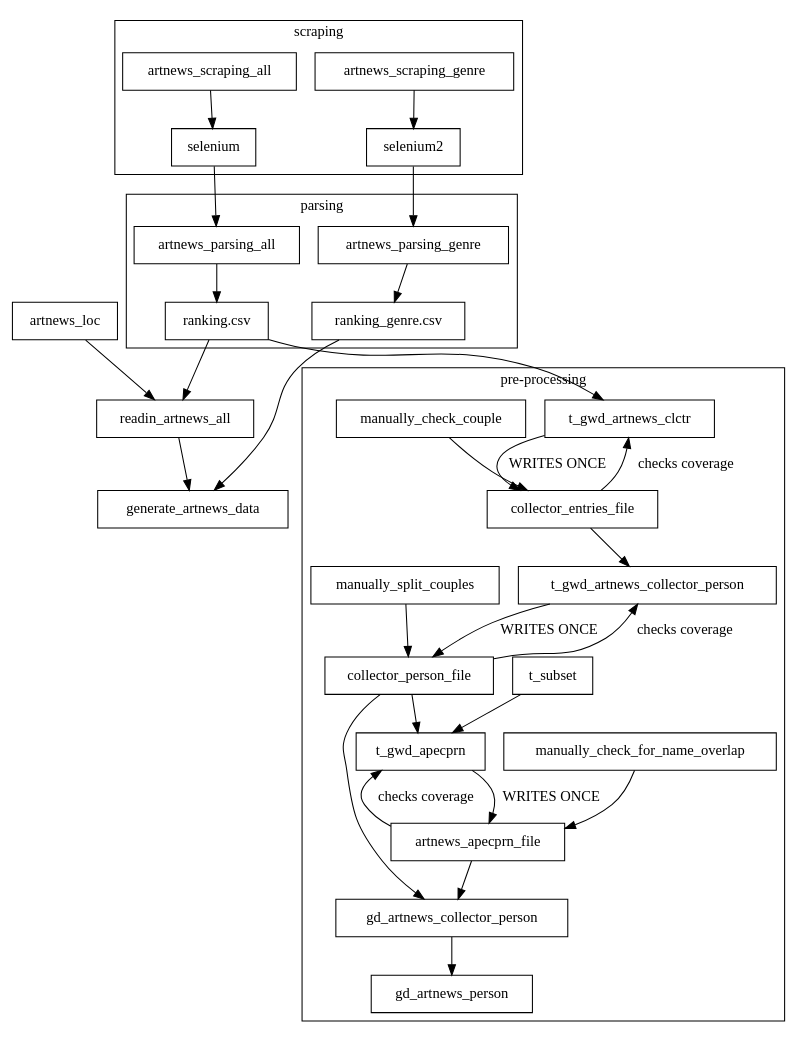
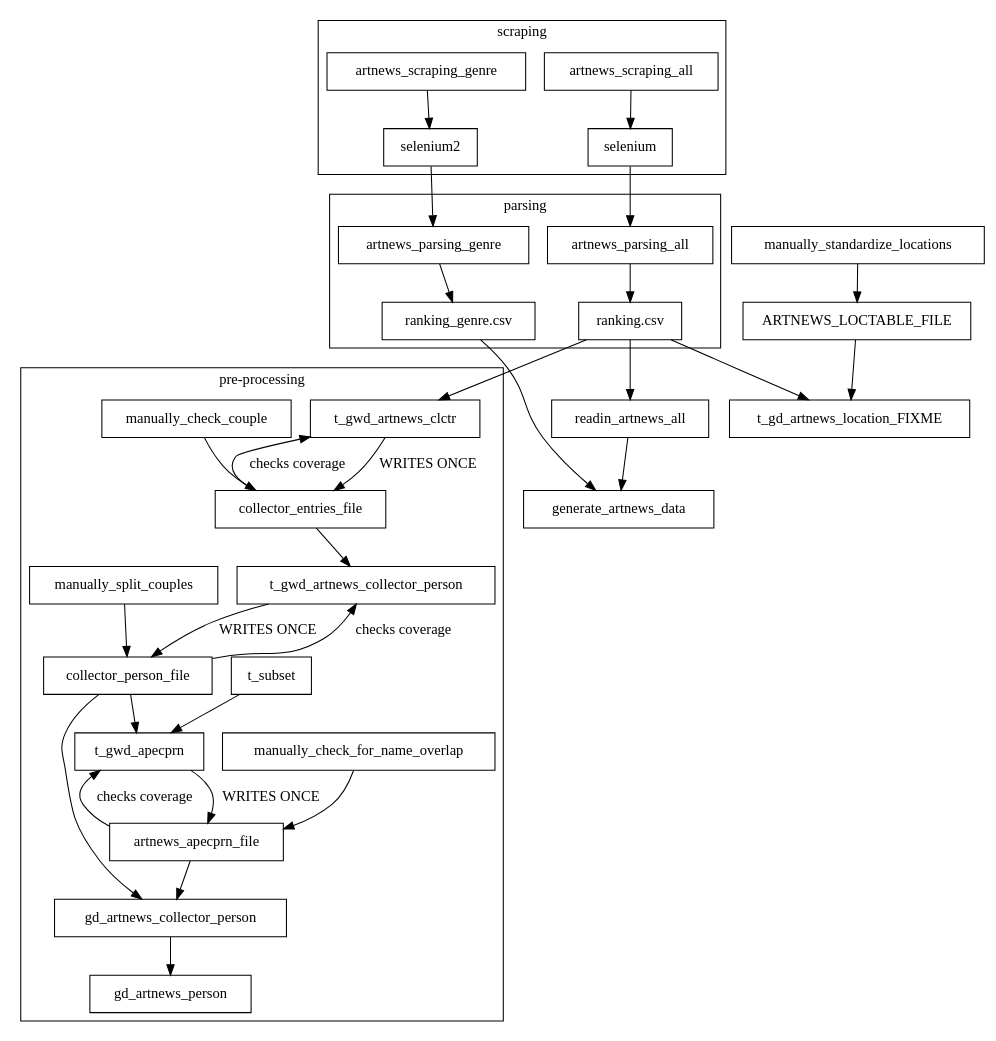
One commit to swhalemwo/pmdata changed the second of 3 diagrams in doc/doc_pmdata.org. Above: the diagram before and after it, drawn with Graphviz. The commit also changed 2 other files, not shown here.

Commit message:
update documentation, packaging requirements

```diff
--- a/doc/doc_pmdata.org
+++ b/doc/doc_pmdata.org
@@ -52,72 +52,72 @@
 #+begin_src dot :file artnews_sketch.png
 digraph D {
   node [shape = "box"];
   // splines = false;
   compound = true;
 
   subgraph cluster_scraping {
     label = "scraping"
     artnews_scraping_all -> selenium
     artnews_scraping_genre -> selenium2
     
   }
 
   subgraph cluster_parsing {
     label = "parsing"
     selenium -> artnews_parsing_all
     selenium2 -> artnews_parsing_genre
     artnews_parsing_all -> ranking_all
     ranking_all[label="ranking.csv"]
     artnews_parsing_genre -> ranking_genre
     ranking_genre[label="ranking_genre.csv"]
   }
 
 
   subgraph cluster_preprocessing {
     label = "pre-processing";
 
     t_gwd_artnews_clctr
     t_gwd_artnews_collector_person
     collector_person_file
     artnews_apecprn_file[label="artnews_apecprn_file"]
 
     manually_check_couple -> collector_entries_file
     collector_entries_file -> t_gwd_artnews_clctr[label="checks coverage"]
 
     manually_split_couples -> collector_person_file
 
     t_gwd_artnews_clctr -> collector_entries_file[label="WRITES ONCE"]
     ranking_all -> t_gwd_artnews_clctr
 
     collector_entries_file -> t_gwd_artnews_collector_person
     t_gwd_artnews_collector_person -> collector_person_file[label="WRITES ONCE"]
     collector_person_file -> t_gwd_artnews_collector_person[label="checks coverage"]
 
     manually_check_for_name_overlap -> artnews_apecprn_file
 
     t_subset -> t_gwd_apecprn
     collector_person_file -> t_gwd_apecprn
     collector_person_file -> gd_artnews_collector_person
     t_gwd_apecprn -> artnews_apecprn_file[label="WRITES ONCE"]
     artnews_apecprn_file -> t_gwd_apecprn[label="checks coverage"]
 
     
     artnews_apecprn_file -> gd_artnews_collector_person
 
     gd_artnews_collector_person -> gd_artnews_person
 
     
     
     
 }
 
 ranking_all -> readin_artnews_all
 ranking_genre -> generate_artnews_data
-artnews_loc -> readin_artnews_all
 readin_artnews_all -> generate_artnews_data
 
+manually_standardize_locations -> ARTNEWS_LOCTABLE_FILE
+ARTNEWS_LOCTABLE_FILE -> t_gd_artnews_location_FIXME
+ranking_all -> t_gd_artnews_location_FIXME
+
 }
-
-
-
 #+end_src  
```
